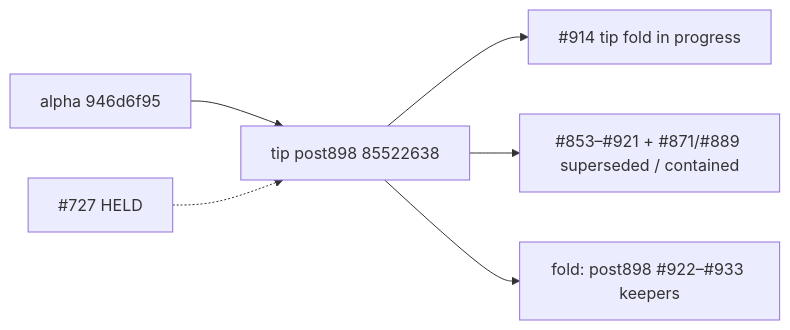
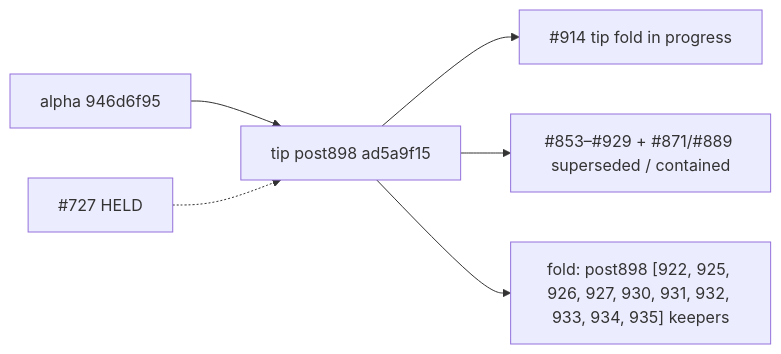
One commit to fuzzywigg/math-pentathlon changed the second of 2 diagrams in docs/dev/open-draft-triage-post898-v4-2026-10-10.md. Above: the diagram before and after it, drawn with Mermaid. The commit also changed other lines of this file and 2 other files, not shown here.

First line of the commit message:
docs(q-mp-444): remeasure triage v4 @ tip ad5a9f15

````diff
--- a/docs/dev/open-draft-triage-post898-v4-2026-10-10.md
+++ b/docs/dev/open-draft-triage-post898-v4-2026-10-10.md
@@ -121,8 +121,8 @@
 ```mermaid
 flowchart LR
-  alphaCut["alpha 946d6f95"] --> tip898["tip post898 85522638"]
+  alphaCut["alpha 946d6f95"] --> tip898["tip post898 ad5a9f15"]
   tip898 --> tipPr["#914 tip fold in progress"]
-  tip898 --> supersededStack["#853–#921 + #871/#889 superseded / contained"]
-  tip898 --> foldReady["fold: post898 #922–#933 keepers"]
+  tip898 --> supersededStack["#853–#929 + #871/#889 superseded / contained"]
+  tip898 --> foldReady["fold: post898 [922, 925, 926, 927, 930, 931, 932, 933, 934, 935] keepers"]
   held727["#727 HELD"] -.-> tip898
 ```
````
